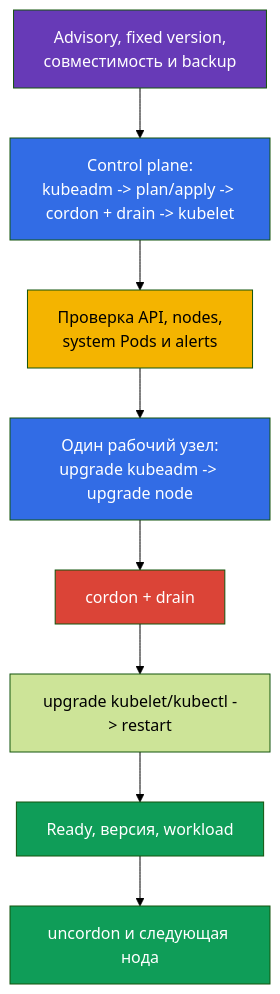
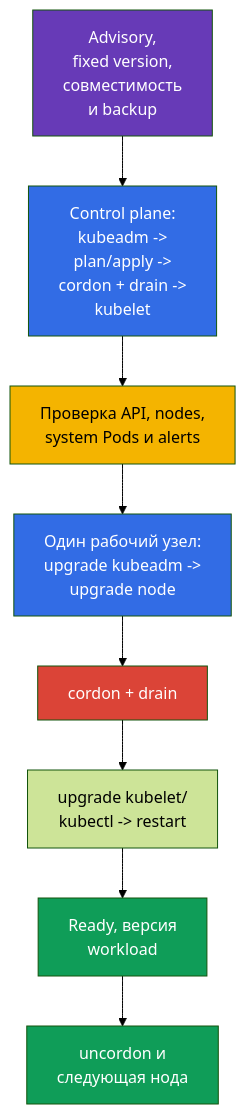
Before and after one commit to ViktorUJ/cks: the third of 3 diagrams in tasks/cks/course/13/ru.md, drawn with Mermaid (forest theme). The commit also changed other lines of this file and 38 other files, not shown here.

````diff
--- a/tasks/cks/course/13/ru.md
+++ b/tasks/cks/course/13/ru.md
@@ -179,17 +191,17 @@
 ```mermaid
 flowchart TB
-    plan["Advisory, fixed version,<br/>совместимость и backup"] --> cp["Control plane:<br/>kubeadm -> plan/apply -> cordon + drain -> kubelet"]
+    plan["Advisory,<br/>fixed version,<br/>совместимость<br/>и backup"] --> cp["Control plane:<br/>kubeadm -><br/>plan/apply -><br/>cordon + drain -><br/>kubelet"]
     cp --> health["Проверка API, nodes,<br/>system Pods и alerts"]
-    health --> node["Один рабочий узел:<br/>upgrade kubeadm -> upgrade node"]
+    health --> node["Один рабочий узел:<br/>upgrade kubeadm -><br/>upgrade node"]
     node --> drain["cordon + drain"]
-    drain --> workerKubelet["upgrade kubelet/kubectl -> restart"]
-    workerKubelet --> verify["Ready, версия, workload"]
-    verify --> uncordon["uncordon и следующая нода"]
+    drain --> workerKubelet["upgrade kubelet/<br/>kubectl -> restart"]
+    workerKubelet --> verify["Ready, версия<br/>workload"]
+    verify --> uncordon["uncordon и<br/>следующая нода"]
     style plan fill:#673ab7,color:#fff
     style cp fill:#326ce5,color:#fff
     style health fill:#f4b400,color:#000
     style drain fill:#db4437,color:#fff
     style node fill:#326ce5,color:#fff
     style verify fill:#0f9d58,color:#fff
     style uncordon fill:#0f9d58,color:#fff
 ```
````
